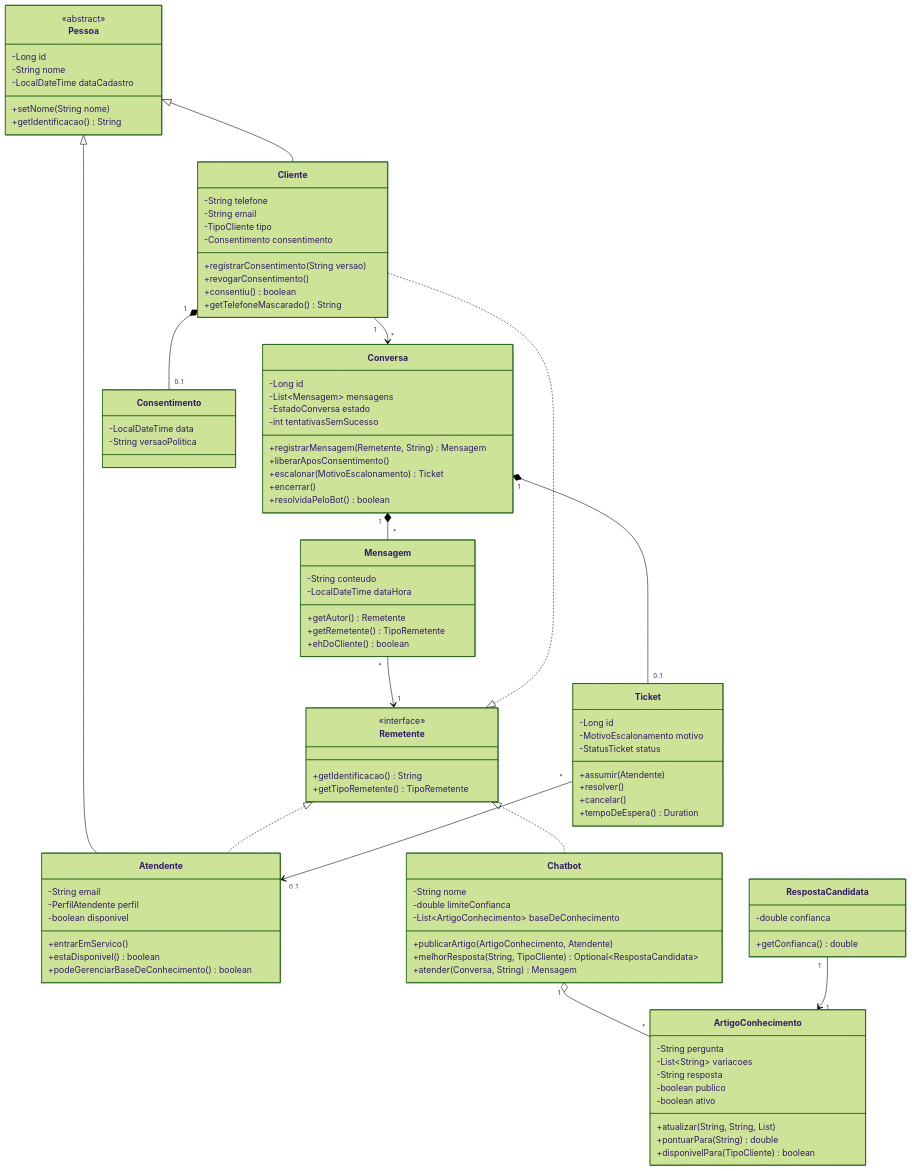
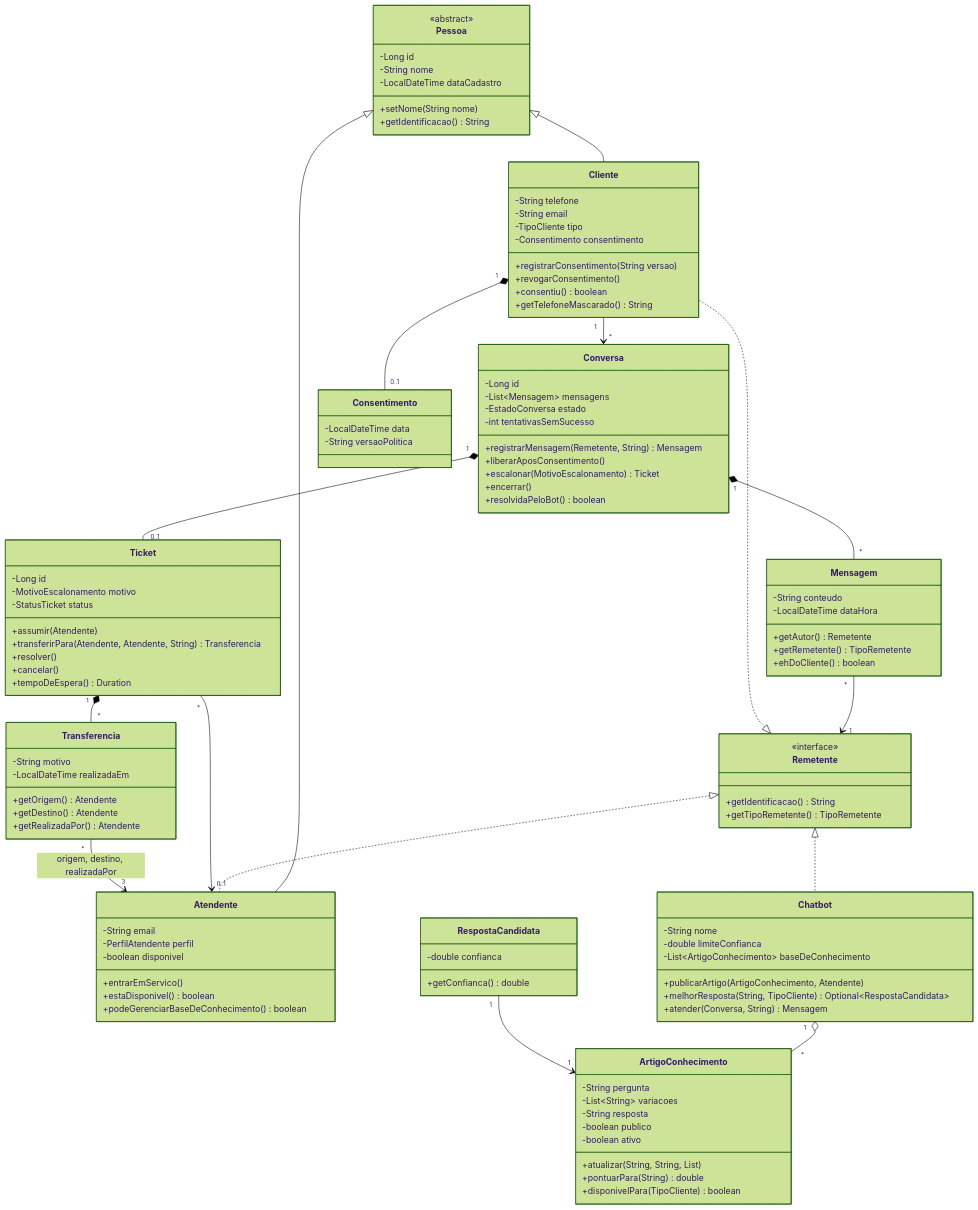
The diagram in docs/modelo-de-classes.md (marcelof0nseca/chatbot), drawn with Mermaid (forest theme) before and after one commit. The commit also changed other lines of this file and 2 other files, not shown here.

Commit message:
docs: criterios de aceite e regras da transferencia

```diff
--- a/docs/modelo-de-classes.md
+++ b/docs/modelo-de-classes.md
@@ -98,9 +99,18 @@
         -MotivoEscalonamento motivo
         -StatusTicket status
         +assumir(Atendente)
+        +transferirPara(Atendente, Atendente, String) Transferencia
         +resolver()
         +cancelar()
         +tempoDeEspera() Duration
+    }
+
+    class Transferencia {
+        -String motivo
+        -LocalDateTime realizadaEm
+        +getOrigem() Atendente
+        +getDestino() Atendente
+        +getRealizadaPor() Atendente
     }
 
     class ArtigoConhecimento {
@@ -135,6 +145,8 @@
     Conversa "1" *-- "*" Mensagem
     Conversa "1" *-- "0..1" Ticket
     Ticket "*" --> "0..1" Atendente
+    Ticket "1" *-- "*" Transferencia
+    Transferencia "*" --> "3" Atendente : origem, destino, realizadaPor
     Mensagem "*" --> "1" Remetente
     Chatbot "1" o-- "*" ArtigoConhecimento
     RespostaCandidata "1" --> "1" ArtigoConhecimento
```
